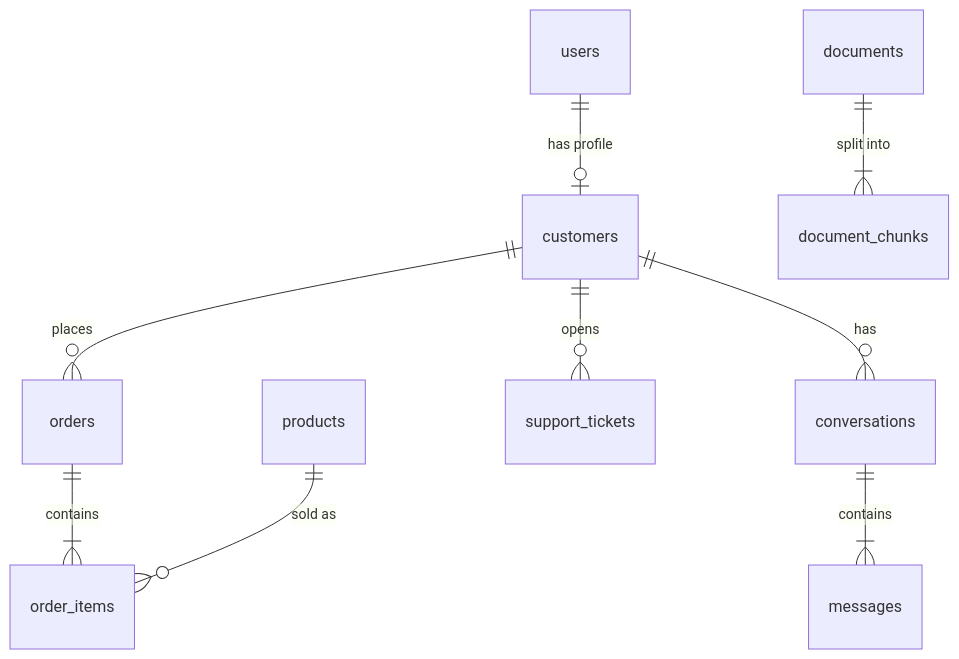
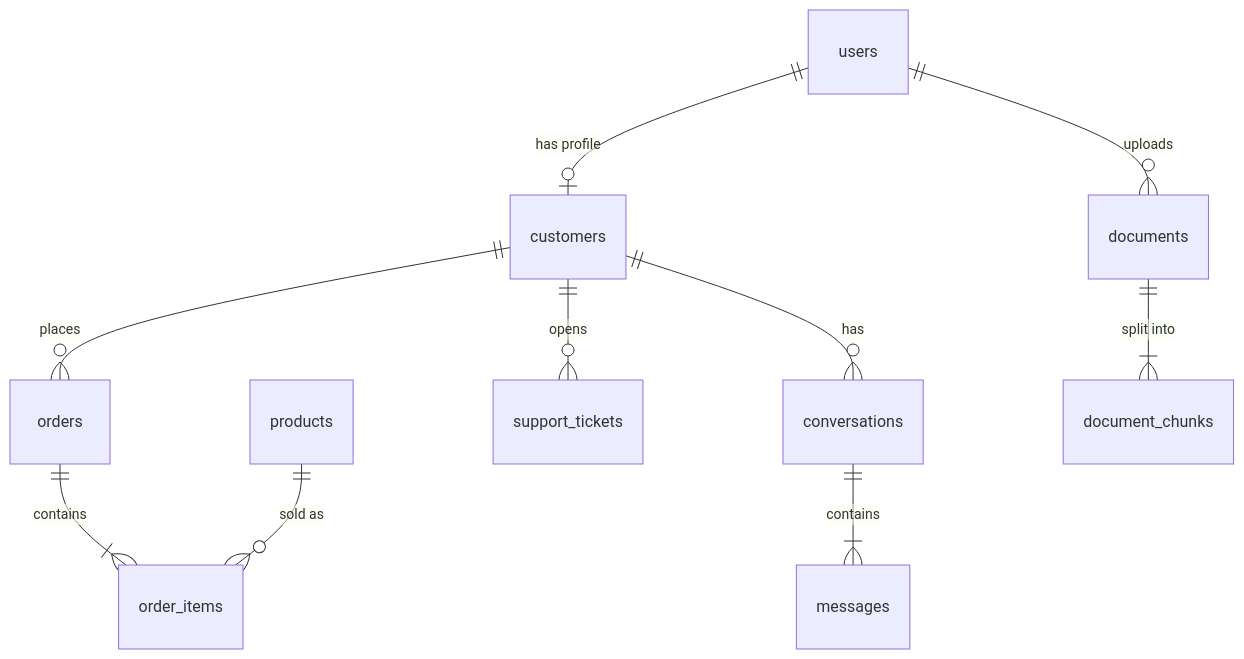
One commit to InviXtaHydra/invixta changed the fourth of 4 diagrams in README.md. Above: the diagram before and after it, drawn with Mermaid. The commit also changed other lines of this file, not shown here.

````diff
--- a/README.md
+++ b/README.md
@@ -109,11 +259,12 @@
 ```mermaid
 erDiagram
     users ||--o| customers : "has profile"
     customers ||--o{ orders : places
     orders ||--|{ order_items : contains
     products ||--o{ order_items : "sold as"
     customers ||--o{ support_tickets : opens
     customers ||--o{ conversations : has
     conversations ||--|{ messages : contains
+    users ||--o{ documents : uploads
     documents ||--|{ document_chunks : "split into"
 ```
````
